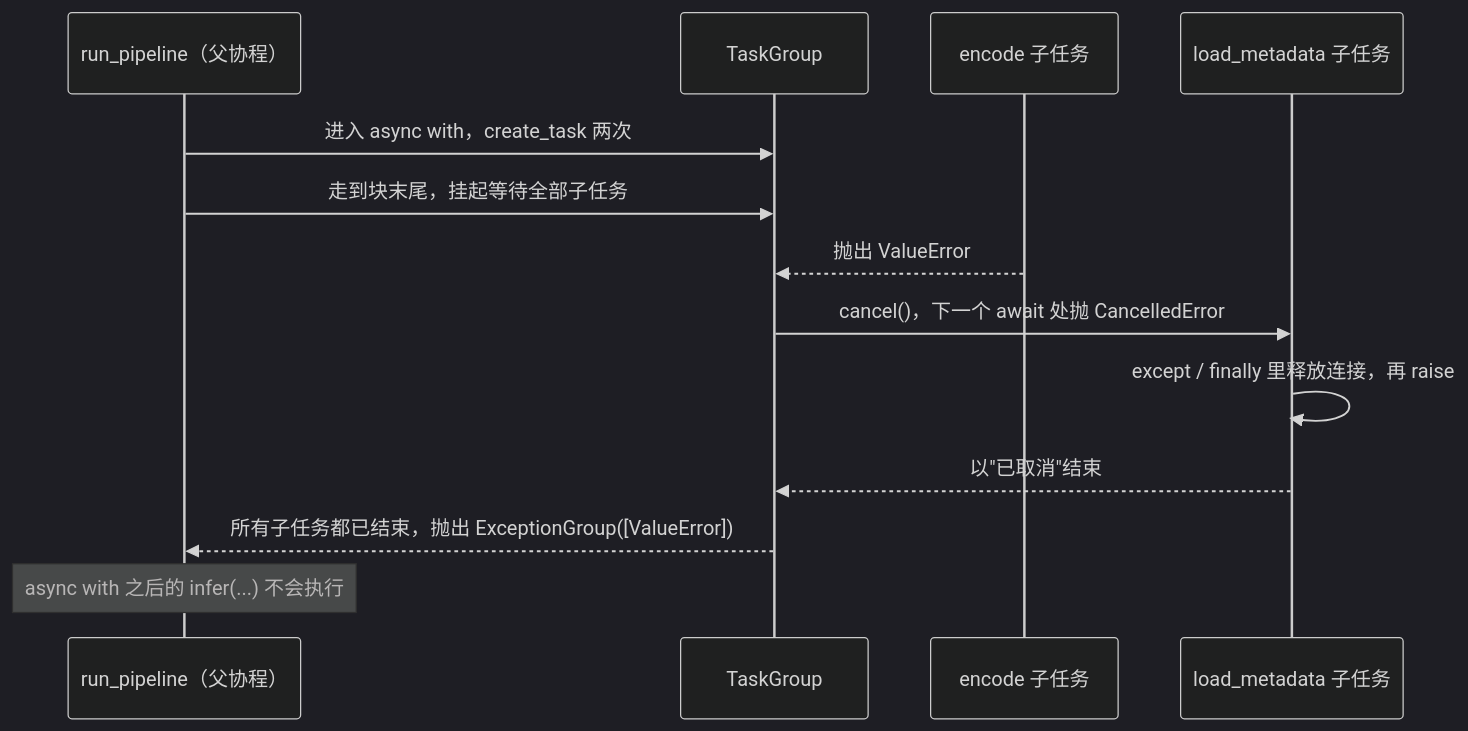
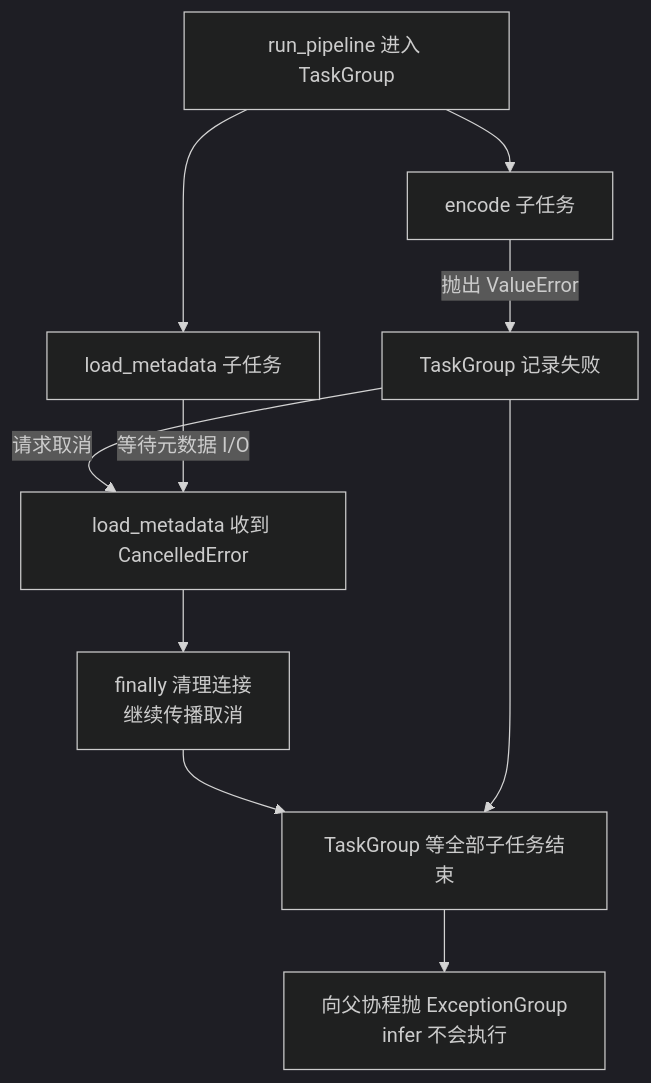
One commit to arganzheng/arganzheng.github.com changed the third of 4 diagrams in _posts/2026-01-26-python-concurrency-asynchrony-and-task-collaboration.md. Above: the diagram before and after it, drawn with Mermaid (dark theme). The commit also changed other lines of this file and 1 other file, not shown here.

First line of the commit message:
docs(python): 完善并发与内存篇的机制图和运行时边界

````diff
--- a/_posts/2026-01-26-python-concurrency-asynchrony-and-task-collaboration.md
+++ b/_posts/2026-01-26-python-concurrency-asynchrony-and-task-collaboration.md
@@ -1030,16 +1080,13 @@
 ```mermaid
-%% 图：TaskGroup 中一个子任务失败后的取消与汇合顺序
-sequenceDiagram
-    participant P as run_pipeline（父协程）
-    participant G as TaskGroup
-    participant E as encode 子任务
-    participant M as load_metadata 子任务
-    P->>G: 进入 async with，create_task 两次
-    P->>G: 走到块末尾，挂起等待全部子任务
-    E-->>G: 抛出 ValueError
-    G->>M: cancel()，下一个 await 处抛 CancelledError
-    M->>M: except / finally 里释放连接，再 raise
-    M-->>G: 以"已取消"结束
-    G-->>P: 所有子任务都已结束，抛出 ExceptionGroup([ValueError])
-    Note over P: async with 之后的 infer(...) 不会执行
+%% 图：TaskGroup 子任务失败后的取消、清理与汇合
+flowchart TB
+    P["run_pipeline 进入 TaskGroup"] --> E["encode 子任务"]
+    P --> M["load_metadata 子任务"]
+    E -- "抛出 ValueError" --> G["TaskGroup 记录失败"]
+    G -- "请求取消" --> C["load_metadata 收到 CancelledError"]
+    M -- "等待元数据 I/O" --> C
+    C --> F["finally 清理连接<br/>继续传播取消"]
+    F --> J["TaskGroup 等全部子任务结束"]
+    G --> J
+    J --> X["向父协程抛 ExceptionGroup<br/>infer 不会执行"]
 ```
````
